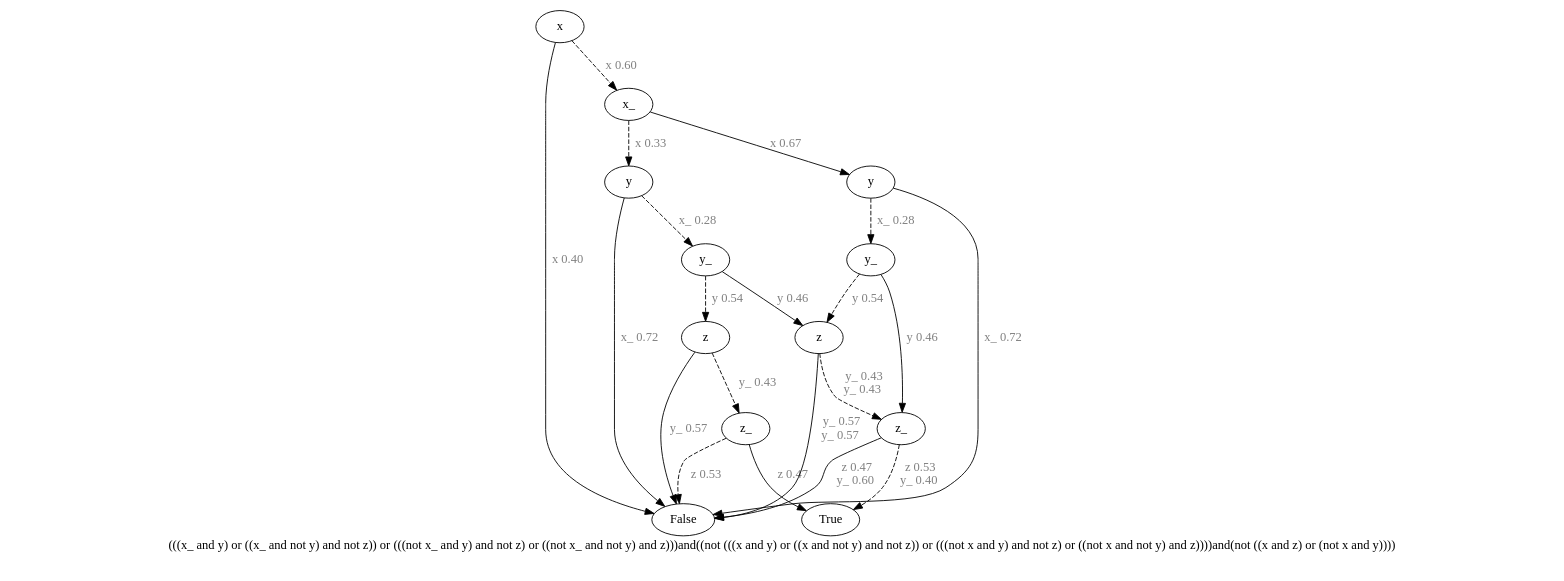
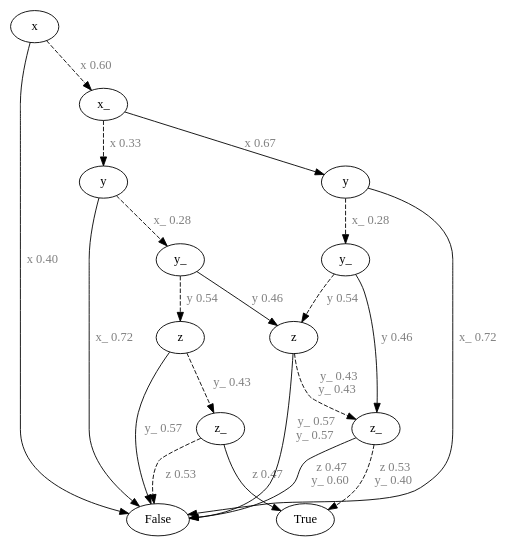
The diagram in out/test1/_start_5_fp.dot (O1ez/IncreasingResilienceOfAutomatedVehicles), drawn with Graphviz before and after one commit. The commit also changed 64 other files, not shown here.

```diff
--- a/out/test1/_start_5_fp.dot
+++ b/out/test1/_start_5_fp.dot
@@ -1,43 +1,41 @@
-digraph{
-label="(((x_ and y) or ((x_ and not y) and not z)) or (((not x_ and y) and not z) or ((not x_ and not y) and z)))and((not (((x and y) or ((x and not y) and not z)) or (((not x and y) and not z) or ((not x and not y) and z))))and(not ((x and z) or (not x and y))))\n\n"
-2179575795536[label=x]2179575795056[label="x_"]
-2179575795536 -> 2179575795056[style=dashed label=" x 0.60\n" fontcolor = gray]
-2179575794576[label="y"]
-2179575795056 -> 2179575794576[style=dashed label=" x 0.33\n" fontcolor = gray]
-2179575796976[label="y_"]
-2179575794576 -> 2179575796976[style=dashed label=" x_ 0.28\n" fontcolor = gray]
-2179575797296[label="z"]
-2179575796976 -> 2179575797296[style=dashed label=" y 0.54\n" fontcolor = gray]
-2179575797616[label="z_"]
-2179575797296 -> 2179575797616[style=dashed label=" y_ 0.43\n" fontcolor = gray]
-2179575796656[label="False"]
-2179575797616 -> 2179575796656[style=dashed label=" z 0.53\n" fontcolor = gray]
-2179575796816[label="True"]
-2179575797616 -> 2179575796816 [label=" z 0.47\n" fontcolor = gray]
-2179575796656[label="False"]
-2179575797296 -> 2179575796656 [label=" y_ 0.57\n" fontcolor = gray]
-2179575797456[label="z"]
-2179575796976 -> 2179575797456 [label=" y 0.46\n" fontcolor = gray]
-2179575798736[label="z_"]
-2179575797456 -> 2179575798736[style=dashed label="  y_ 0.43\ny_ 0.43\n" fontcolor = gray]
-2179575796816[label="True"]
-2179575798736 -> 2179575796816[style=dashed label="  z 0.53\ny_ 0.40\n" fontcolor = gray]
-2179575796656[label="False"]
-2179575798736 -> 2179575796656 [label="  z 0.47\ny_ 0.60\n" fontcolor = gray]
-2179575796656[label="False"]
-2179575797456 -> 2179575796656 [label="  y_ 0.57\ny_ 0.57\n" fontcolor = gray]
-2179575796656[label="False"]
-2179575794576 -> 2179575796656 [label=" x_ 0.72\n" fontcolor = gray]
-2179575796336[label="y"]
-2179575795056 -> 2179575796336 [label=" x 0.67\n" fontcolor = gray]
-2179575800656[label="y_"]
-2179575796336 -> 2179575800656[style=dashed label=" x_ 0.28\n" fontcolor = gray]
-2179575797456[label="z"]
-2179575800656 -> 2179575797456[style=dashed label=" y 0.54\n" fontcolor = gray]
-2179575798736[label="z_"]
-2179575800656 -> 2179575798736 [label=" y 0.46\n" fontcolor = gray]
-2179575796656[label="False"]
-2179575796336 -> 2179575796656 [label=" x_ 0.72\n" fontcolor = gray]
-2179575796656[label="False"]
-2179575795536 -> 2179575796656 [label=" x 0.40\n" fontcolor = gray]
+digraph{2202465226320[label=x]2202465231632[label="x_"]
+2202465226320 -> 2202465231632[style=dashed label=" x 0.60\n" fontcolor = gray]
+2202465229264[label="y"]
+2202465231632 -> 2202465229264[style=dashed label=" x 0.33\n" fontcolor = gray]
+2202465229648[label="y_"]
+2202465229264 -> 2202465229648[style=dashed label=" x_ 0.28\n" fontcolor = gray]
+2202465228752[label="z"]
+2202465229648 -> 2202465228752[style=dashed label=" y 0.54\n" fontcolor = gray]
+2202465228112[label="z_"]
+2202465228752 -> 2202465228112[style=dashed label=" y_ 0.43\n" fontcolor = gray]
+2202465226960[label="False"]
+2202465228112 -> 2202465226960[style=dashed label=" z 0.53\n" fontcolor = gray]
+2202465227216[label="True"]
+2202465228112 -> 2202465227216 [label=" z 0.47\n" fontcolor = gray]
+2202465226960[label="False"]
+2202465228752 -> 2202465226960 [label=" y_ 0.57\n" fontcolor = gray]
+2202465228240[label="z"]
+2202465229648 -> 2202465228240 [label=" y 0.46\n" fontcolor = gray]
+2202465223248[label="z_"]
+2202465228240 -> 2202465223248[style=dashed label="  y_ 0.43\ny_ 0.43\n" fontcolor = gray]
+2202465227216[label="True"]
+2202465223248 -> 2202465227216[style=dashed label="  z 0.53\ny_ 0.40\n" fontcolor = gray]
+2202465226960[label="False"]
+2202465223248 -> 2202465226960 [label="  z 0.47\ny_ 0.60\n" fontcolor = gray]
+2202465226960[label="False"]
+2202465228240 -> 2202465226960 [label="  y_ 0.57\ny_ 0.57\n" fontcolor = gray]
+2202465226960[label="False"]
+2202465229264 -> 2202465226960 [label=" x_ 0.72\n" fontcolor = gray]
+2202465225872[label="y"]
+2202465231632 -> 2202465225872 [label=" x 0.67\n" fontcolor = gray]
+2202465232336[label="y_"]
+2202465225872 -> 2202465232336[style=dashed label=" x_ 0.28\n" fontcolor = gray]
+2202465228240[label="z"]
+2202465232336 -> 2202465228240[style=dashed label=" y 0.54\n" fontcolor = gray]
+2202465223248[label="z_"]
+2202465232336 -> 2202465223248 [label=" y 0.46\n" fontcolor = gray]
+2202465226960[label="False"]
+2202465225872 -> 2202465226960 [label=" x_ 0.72\n" fontcolor = gray]
+2202465226960[label="False"]
+2202465226320 -> 2202465226960 [label=" x 0.40\n" fontcolor = gray]
 }
```
